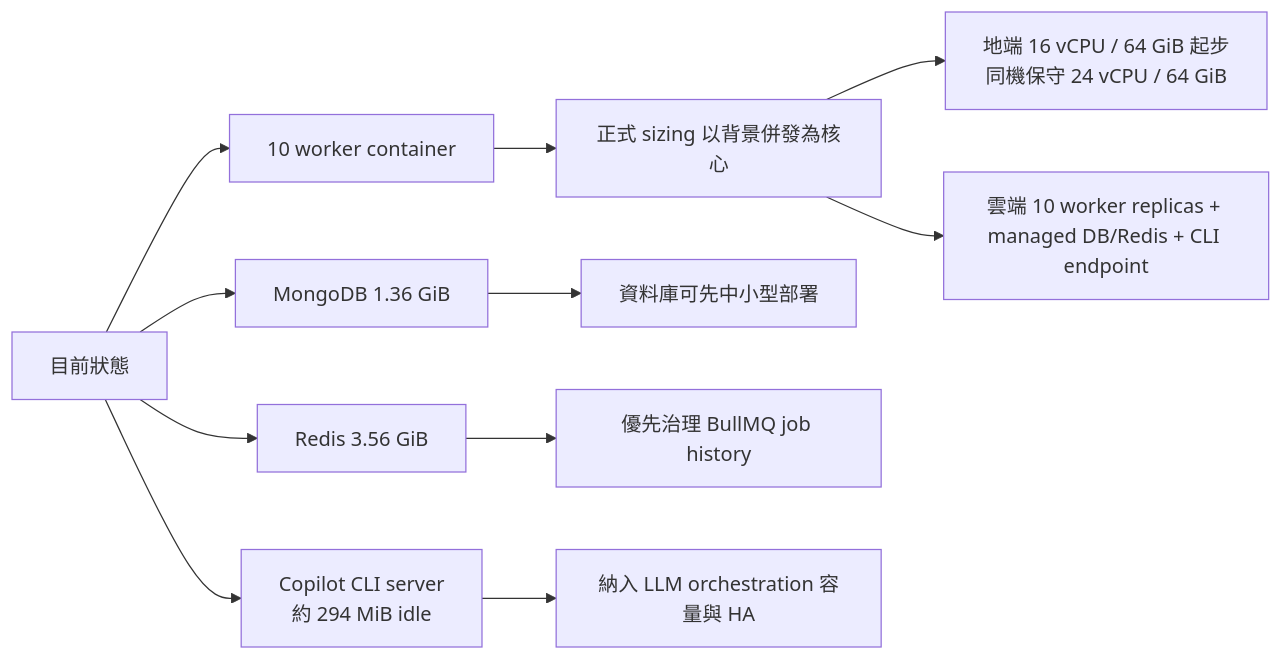
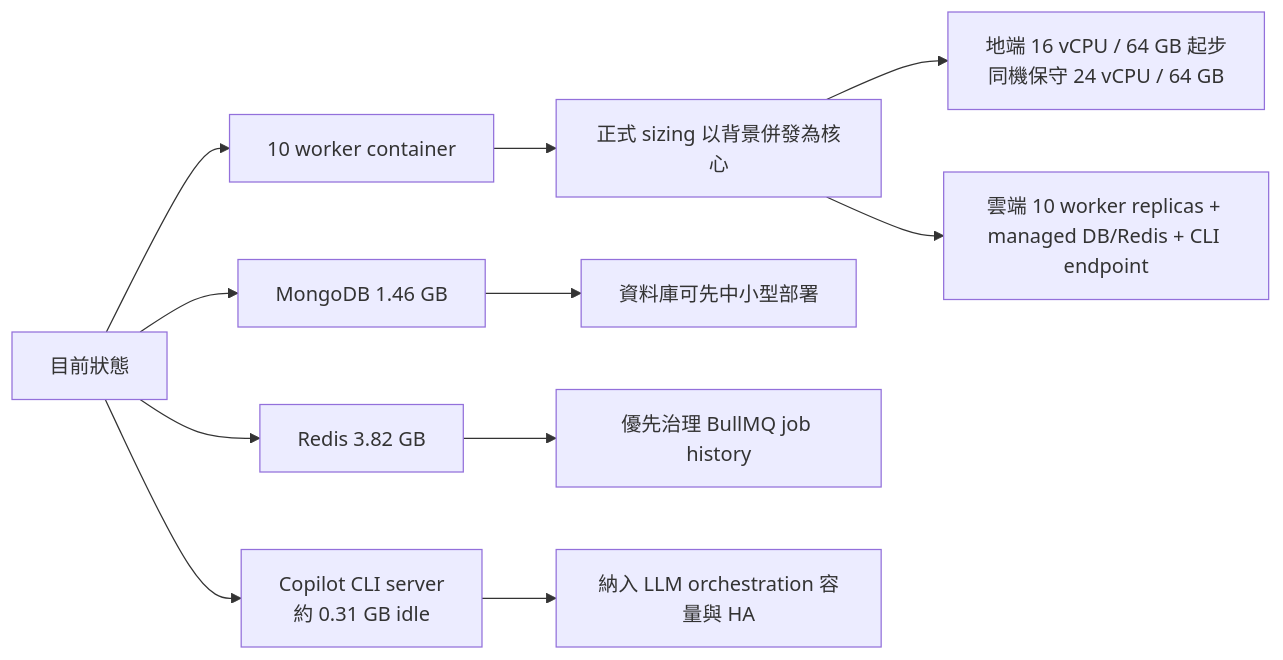
One commit to chunkai1312/temp changed the first of 17 diagrams in production-resource-architecture-proposal.md. Above: the diagram before and after it, drawn with Mermaid. The commit also changed other lines of this file, not shown here.

````diff
--- a/production-resource-architecture-proposal.md
+++ b/production-resource-architecture-proposal.md
@@ -39,13 +39,13 @@
 ```mermaid
 flowchart LR
   A["目前狀態"] --> B["10 worker container"]
-  A --> C["MongoDB 1.36 GiB"]
-  A --> D["Redis 3.56 GiB"]
-  A --> J["Copilot CLI server\n約 294 MiB idle"]
+  A --> C["MongoDB 1.46 GB"]
+  A --> D["Redis 3.82 GB"]
+  A --> J["Copilot CLI server\n約 0.31 GB idle"]
   B --> E["正式 sizing 以背景併發為核心"]
   C --> F["資料庫可先中小型部署"]
   D --> G["優先治理 BullMQ job history"]
   J --> K["納入 LLM orchestration 容量與 HA"]
-  E --> H["地端 16 vCPU / 64 GiB 起步\n同機保守 24 vCPU / 64 GiB"]
+  E --> H["地端 16 vCPU / 64 GB 起步\n同機保守 24 vCPU / 64 GB"]
   E --> I["雲端 10 worker replicas + managed DB/Redis + CLI endpoint"]
 ```
````
